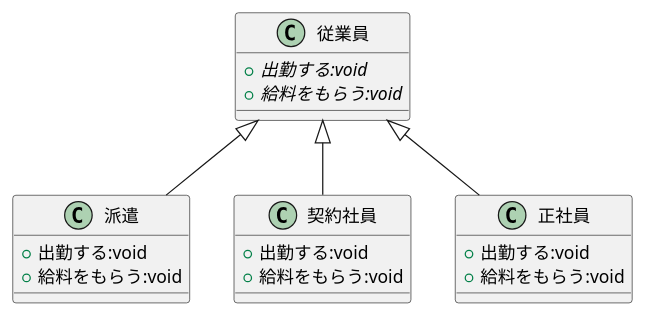
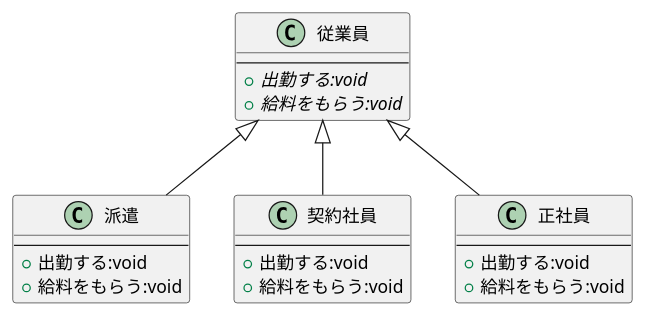
One commit to kenkensan/uml-introduction changed the diagram in 演習3-1_CL_雇用形態.pu. Above: the diagram before and after it, drawn with PlantUML. The commit also changed 1 other file, not shown here.

```diff
--- a/演習3-1_CL_雇用形態.pu
+++ b/演習3-1_CL_雇用形態.pu
@@ -1,21 +1,25 @@
 @startuml 演習3-1
 class 従業員{
+    ---
 + {abstract}出勤する:void
 + {abstract}給料をもらう:void
 }
 class 派遣{
+    ---
 + 出勤する:void
 + 給料をもらう:void
 }
 class 契約社員{
+    ---
 + 出勤する:void
 + 給料をもらう:void
 }
 class 正社員{
+    ---
 + 出勤する:void
 + 給料をもらう:void
 }
 従業員 <|--派遣
 従業員 <|--契約社員
 従業員 <|--正社員
 @enduml
```
